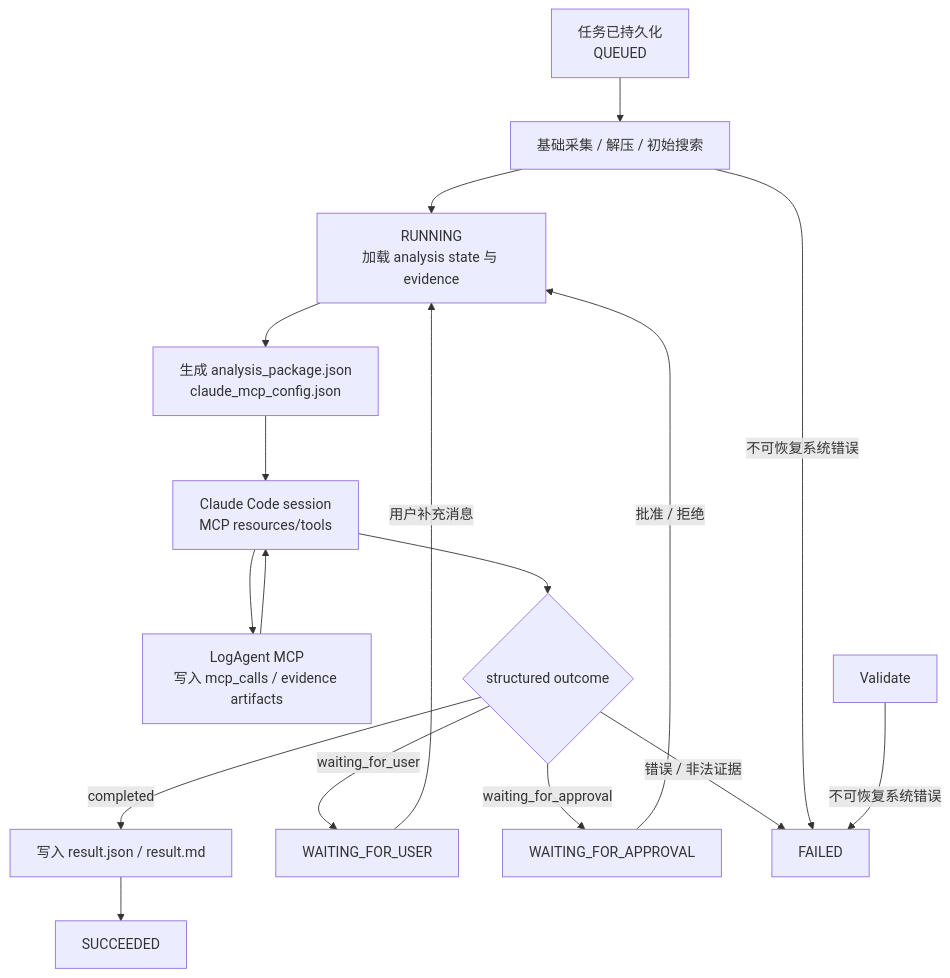
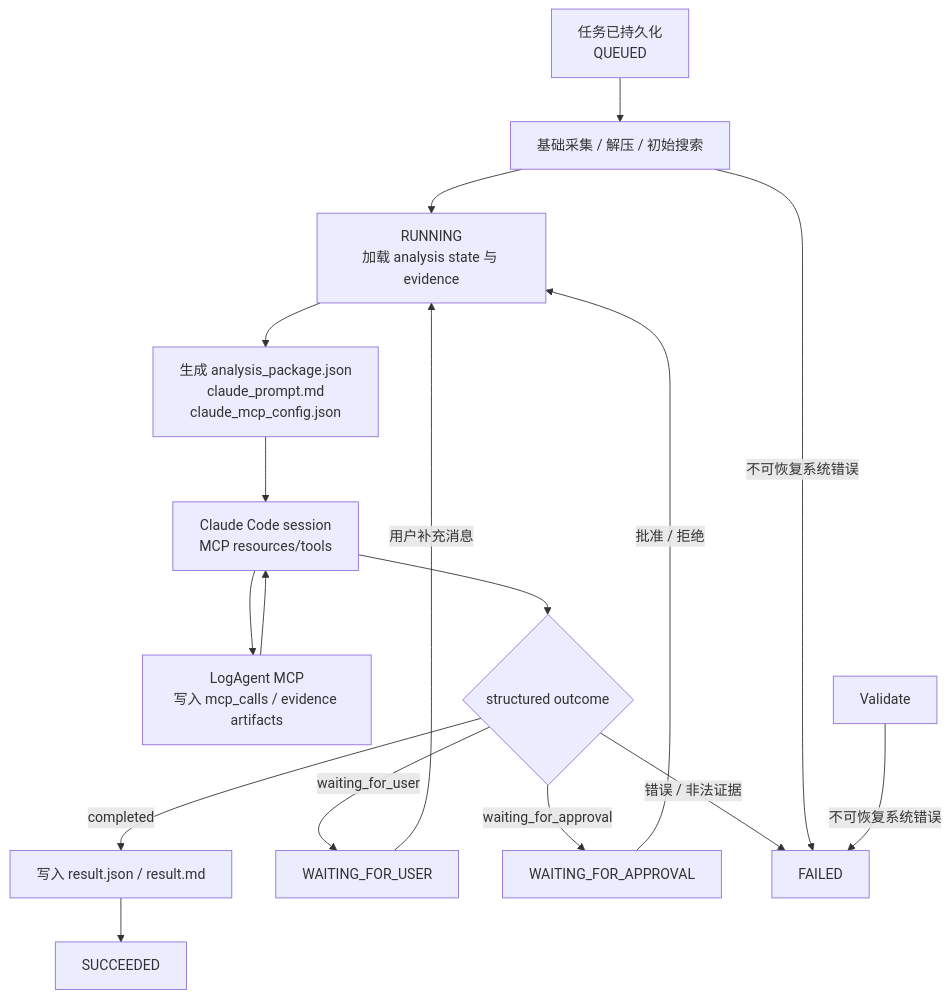
Before and after one commit to zhiwangdu/prd_assistant: the diagram in SPEC.md, drawn with Mermaid. The commit also changed other lines of this file and 17 other files, not shown here.

````diff
--- a/SPEC.md
+++ b/SPEC.md
@@ -117,22 +117,22 @@
 ```mermaid
 flowchart TD
     Start["任务已持久化<br/>QUEUED"] --> Initial["基础采集 / 解压 / 初始搜索"]
     Initial --> Running["RUNNING<br/>加载 analysis state 与 evidence"]
-    Running --> Package["生成 analysis_package.json<br/>claude_mcp_config.json"]
+    Running --> Package["生成 analysis_package.json<br/>claude_prompt.md<br/>claude_mcp_config.json"]
     Package --> Claude["Claude Code session<br/>MCP resources/tools"]
     Claude --> Mcp["LogAgent MCP<br/>写入 mcp_calls / evidence artifacts"]
     Mcp --> Claude
     Claude --> Outcome{"structured outcome"}
 
     Outcome -->|"completed"| Result["写入 result.json / result.md"]
     Outcome -->|"waiting_for_user"| WaitingUser["WAITING_FOR_USER"]
     Outcome -->|"waiting_for_approval"| WaitingApproval["WAITING_FOR_APPROVAL"]
     Outcome -->|"错误 / 非法证据"| Failed["FAILED"]
 
     WaitingUser -->|"用户补充消息"| Running
     WaitingApproval -->|"批准 / 拒绝"| Running
     Result --> Success["SUCCEEDED"]
 
     Initial -->|"不可恢复系统错误"| Failed["FAILED"]
     Validate -->|"不可恢复系统错误"| Failed
 ```
````
